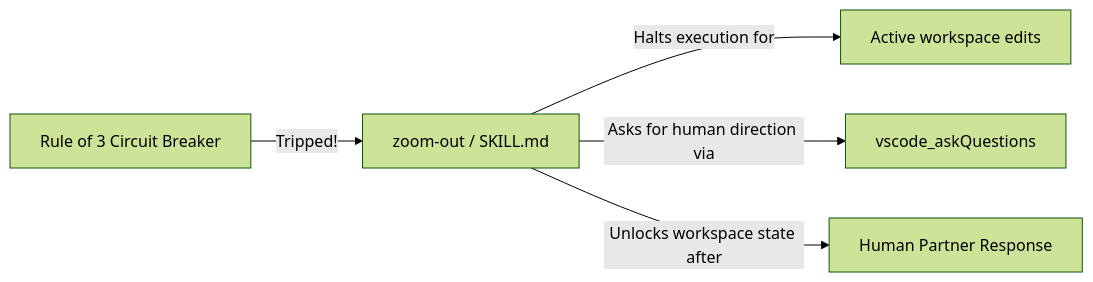
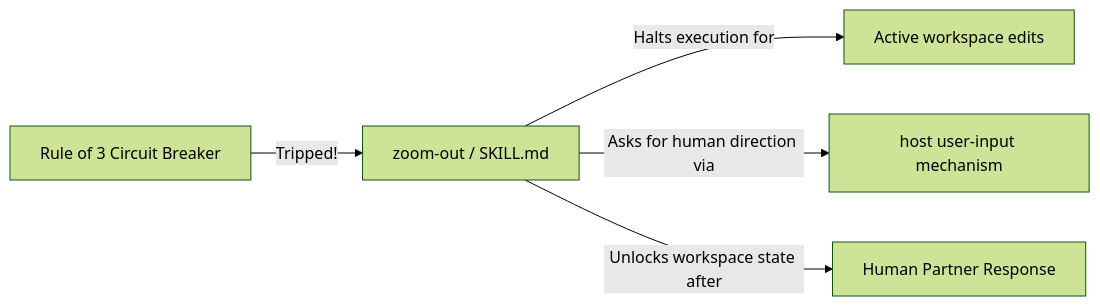
The second of 3 diagrams in docs/workflows/zoom-out.md (dyphn1/Harness-everything), drawn with Mermaid (forest theme) before and after one commit. The commit also changed other lines of this file and 59 other files, not shown here.

````diff
--- a/docs/workflows/zoom-out.md
+++ b/docs/workflows/zoom-out.md
@@ -39,7 +39,7 @@
 ```mermaid
 graph LR
   RuleOf3["Rule of 3 Circuit Breaker"] -->|Tripped!| ZoomOut["zoom-out / SKILL.md"]
   ZoomOut -->|Halts execution for| ActiveWork["Active workspace edits"]
-  ZoomOut -->|Asks for human direction via| AskQuestions["vscode_askQuestions"]
+  ZoomOut -->|Asks for human direction via| AskQuestions["host user-input mechanism"]
   ZoomOut -->|Unlocks workspace state after| HumanReset["Human Partner Response"]
 ```
````
